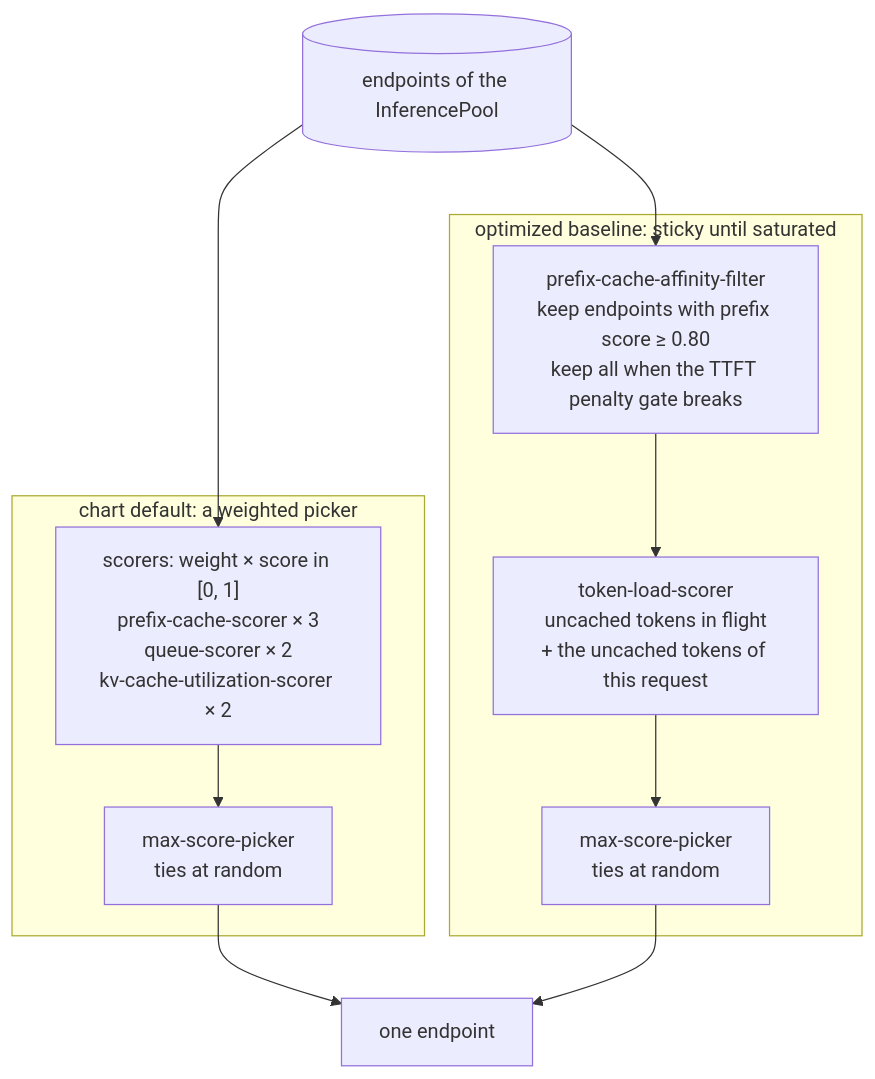
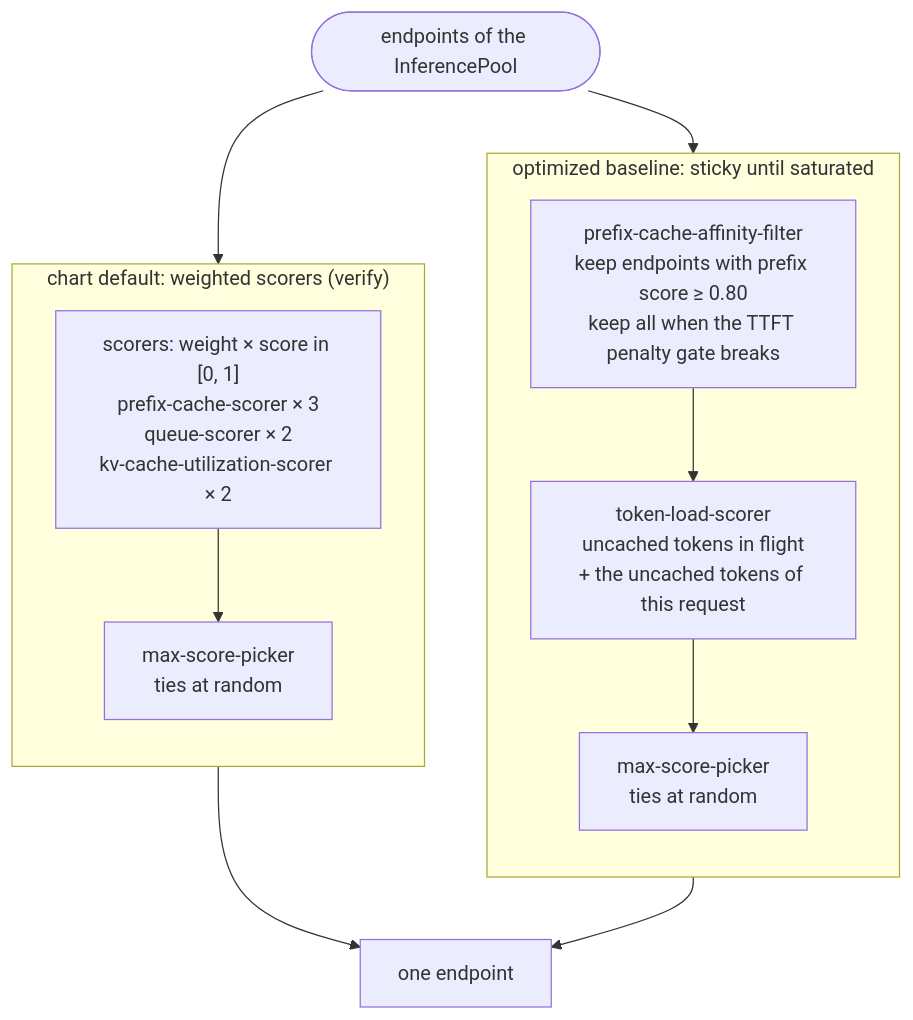
One commit to aniryou/full-stack-agentic-engineer changed the first of 3 diagrams in 05-orchestrator/serving-orchestration/PRIMER.md. Above: the diagram before and after it, drawn with Mermaid. The commit also changed other lines of this file and 29 other files, not shown here.

````diff
--- a/05-orchestrator/serving-orchestration/PRIMER.md
+++ b/05-orchestrator/serving-orchestration/PRIMER.md
@@ -270,13 +270,15 @@
 ```mermaid
 flowchart TB
-    E[("endpoints of the InferencePool")] --> S1
-    E --> F2
-    subgraph A["chart default: a weighted picker"]
+    E(["endpoints of the InferencePool"]) --> A
+    E --> B
+    subgraph A["chart default: weighted scorers (verify)"]
+        direction TB
         S1["scorers: weight × score in [0, 1]<br/>prefix-cache-scorer × 3<br/>queue-scorer × 2<br/>kv-cache-utilization-scorer × 2"] --> K1["max-score-picker<br/>ties at random"]
     end
     subgraph B["optimized baseline: sticky until saturated"]
+        direction TB
         F2["prefix-cache-affinity-filter<br/>keep endpoints with prefix score ≥ 0.80<br/>keep all when the TTFT penalty gate breaks"] --> S2["token-load-scorer<br/>uncached tokens in flight<br/>+ the uncached tokens of this request"] --> K2["max-score-picker<br/>ties at random"]
     end
-    K1 --> D["one endpoint"]
-    K2 --> D
+    A --> D["one endpoint"]
+    B --> D
 ```
````
